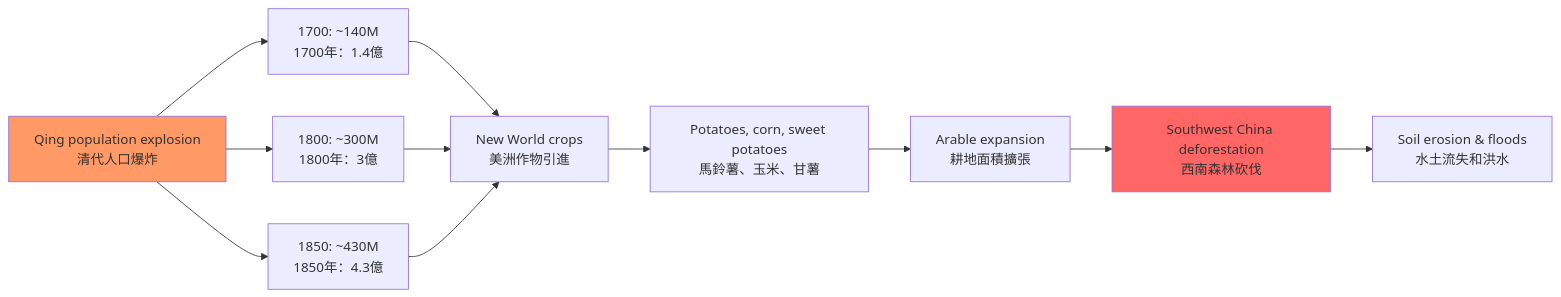
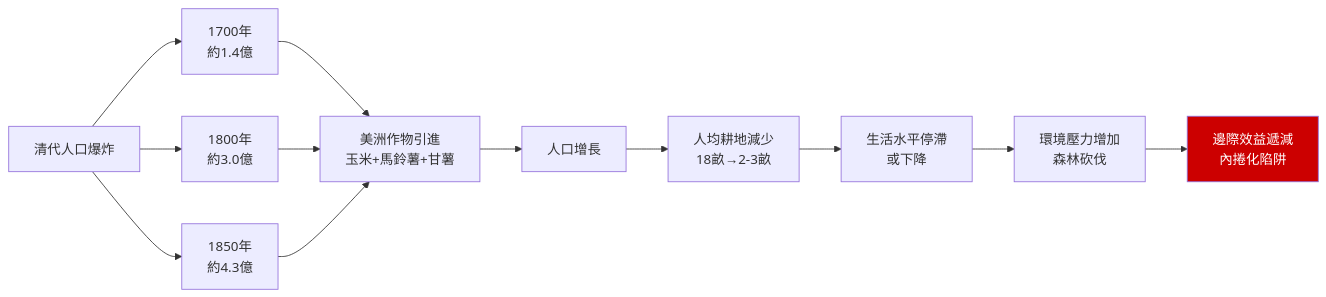
The eighth of 10 diagrams in 01_HKU_Courses/HIST2127_Qing_China_in_the_World.md (yip-lgtm/HKU-Harvard-History-Self-Study), drawn with Mermaid before and after one commit. The commit also changed other lines of this file and 5 other files, not shown here.

````diff
--- a/01_HKU_Courses/HIST2127_Qing_China_in_the_World.md
+++ b/01_HKU_Courses/HIST2127_Qing_China_in_the_World.md
@@ -116,18 +460,16 @@
 ```mermaid
 graph LR
-    A[Qing population explosion<br/>清代人口爆炸] --> B[1700: ~140M<br/>1700年：1.4億]
-    A --> C[1800: ~300M<br/>1800年：3億]
-    A --> D[1850: ~430M<br/>1850年：4.3億]
+    A[清代人口爆炸] --> B[1700年<br/>約1.4億]
+    A --> C[1800年<br/>約3.0億]
+    A --> D[1850年<br/>約4.3億]
     
-    B --> E[New World crops<br/>美洲作物引進]
-    C --> E
-    D --> E
+    B & C & D --> E[美洲作物引進<br/>玉米+馬鈴薯+甘薯]
     
-    E --> F[Potatoes, corn, sweet potatoes<br/>馬鈴薯、玉米、甘薯]
-    F --> G[Arable expansion<br/>耕地面積擴張]
-    G --> H[Southwest China deforestation<br/>西南森林砍伐]
-    H --> I[Soil erosion & floods<br/>水土流失和洪水]
+    E --> F[人口增長]
+    F --> G[人均耕地減少<br/>18畝→2-3畝]
+    G --> H[生活水平停滯<br/>或下降]
+    H --> I[環境壓力增加<br/>森林砍伐]
+    I --> J[邊際效益遞減<br/>內捲化陷阱]
     
-    style A fill:#f96
-    style H fill:#f66
+    style J fill:#c00,color:#fff
 ```
````
